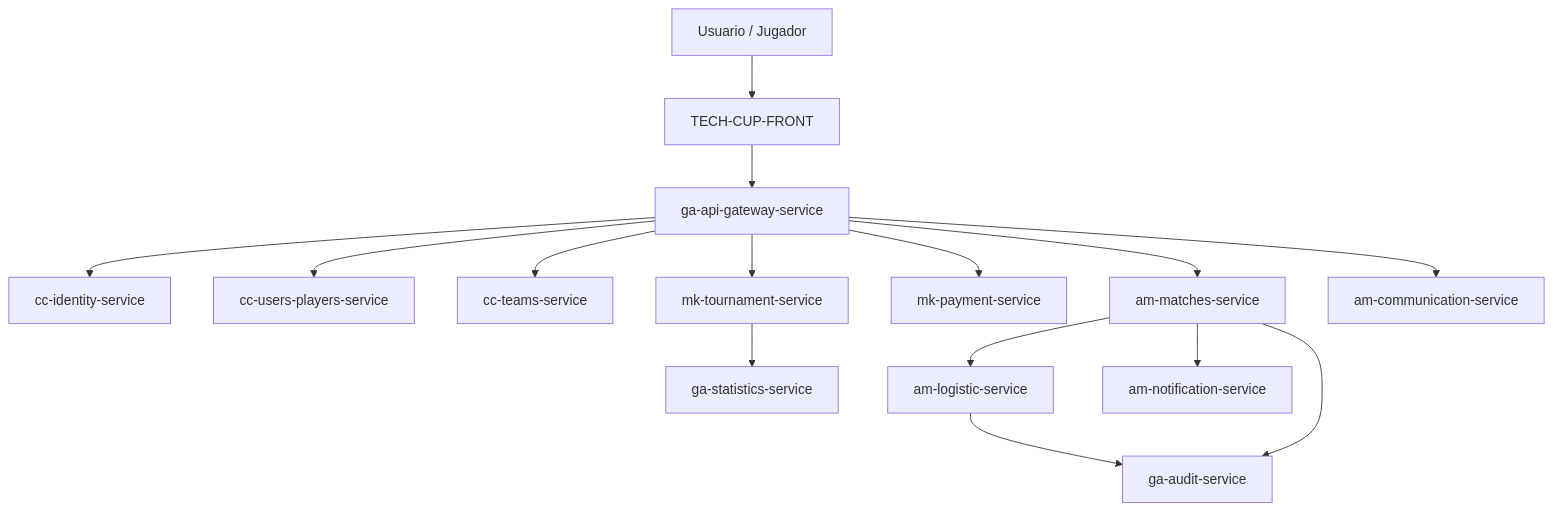
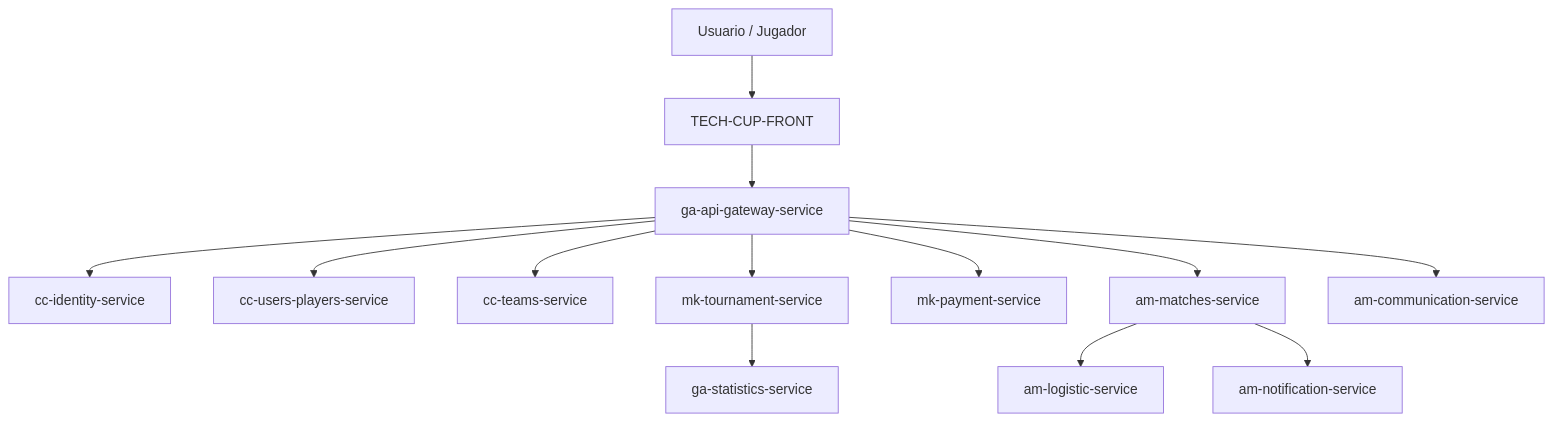
One commit to TECH-CUP-2026-INT/TECH-CUP-2026-Docs changed the diagram in docs/arquitectura.md. Above: the diagram before and after it, drawn with Mermaid. The commit also changed other lines of this file and 3 other files, not shown here.

````diff
--- a/docs/arquitectura.md
+++ b/docs/arquitectura.md
@@ -31,17 +32,15 @@
 ```mermaid
 graph TD
     Usuario[Usuario / Jugador] --> Front[TECH-CUP-FRONT]
     Front --> Gateway[ga-api-gateway-service]
     Gateway --> Identity[cc-identity-service]
     Gateway --> Users[cc-users-players-service]
     Gateway --> Teams[cc-teams-service]
     Gateway --> Tournament[mk-tournament-service]
     Gateway --> Payment[mk-payment-service]
     Gateway --> Matches[am-matches-service]
     Gateway --> Communication[am-communication-service]
     Matches --> Logistic[am-logistic-service]
     Matches --> Notification[am-notification-service]
     Tournament --> Statistics[ga-statistics-service]
-    Matches --> Audit[ga-audit-service]
-    Logistic --> Audit
 ```
````
